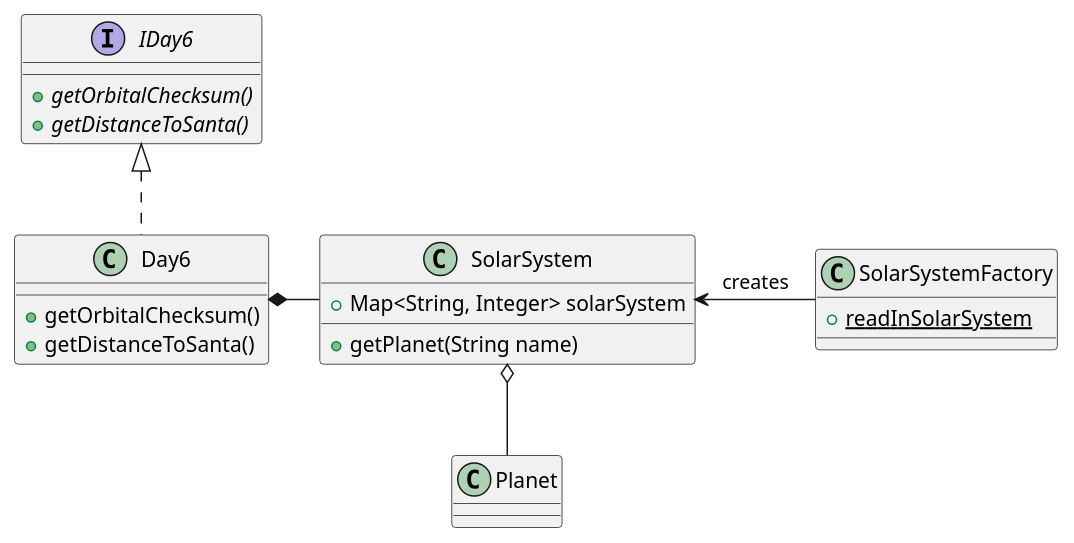
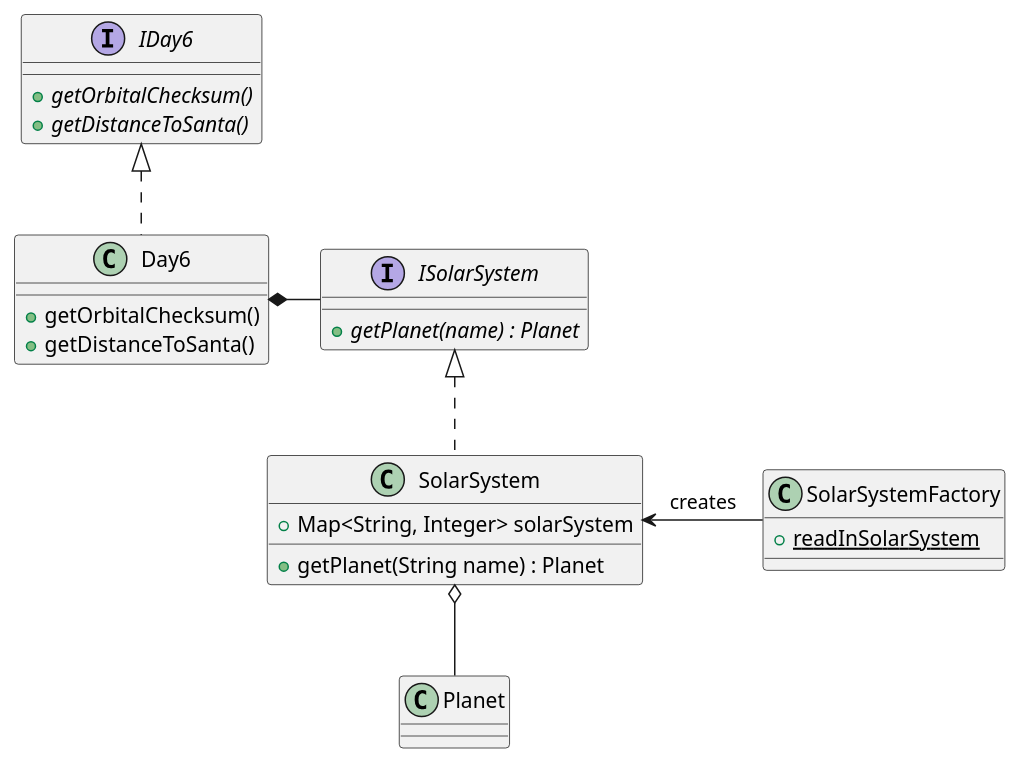
One commit to jdbr827/AdventOfCode_2019_Java changed the diagram in src/year_2019/day06/day6_uml.puml. Above: the diagram before and after it, drawn with PlantUML. The commit also changed 5 other files, not shown here.

```diff
--- a/src/year_2019/day06/day6_uml.puml
+++ b/src/year_2019/day06/day6_uml.puml
@@ -1,33 +1,41 @@
 @startuml
 'https://plantuml.com/class-diagram
 
 interface IDay6 {
 +{abstract} getOrbitalChecksum()
 +{abstract} getDistanceToSanta()
 }
 
 class Day6 {
 +getOrbitalChecksum()
 +getDistanceToSanta()
 }
 
 
 class SolarSystem {
 +Map<String, Integer> solarSystem
-+getPlanet(String name)
++getPlanet(String name) : Planet
 }
 
 class SolarSystemFactory {
 +{static} readInSolarSystem
 }
 
+interface ISolarSystem {
++{abstract} getPlanet(name) : Planet
+}
 
+
+class Planet {
+
+}
 
 
 SolarSystem <- SolarSystemFactory: creates
-Day6 *- SolarSystem
+Day6 *- ISolarSystem
 IDay6 <|.. Day6
+ISolarSystem <|.. SolarSystem
 
 SolarSystem o-- Planet
 
 @enduml
```
